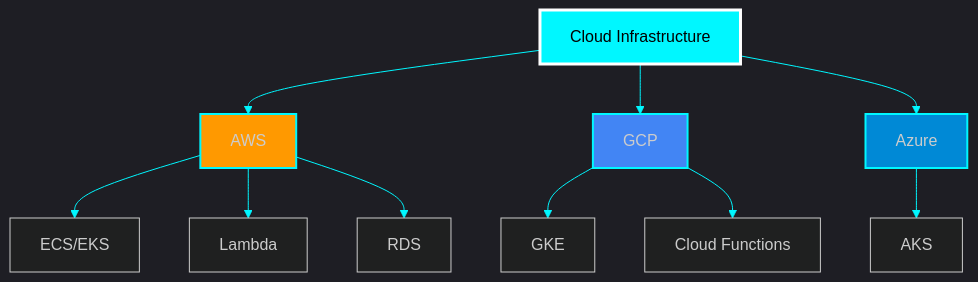
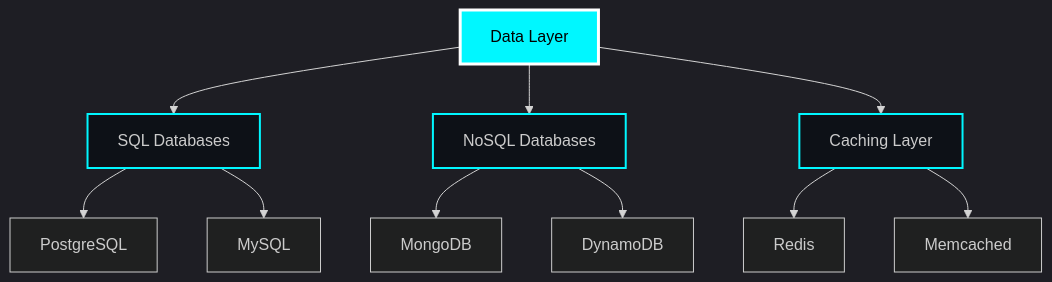
The second of 5 diagrams in README.md (peashdasrudra/peashdasrudra), drawn with Mermaid before and after one commit. The commit also changed other lines of this file, not shown here.

````diff
--- a/README.md
+++ b/README.md
@@ -177,17 +179,17 @@
 ```mermaid
-%%{init: {'theme':'dark', 'themeVariables': { 'primaryColor':'#00F7FF','primaryTextColor':'#fff','primaryBorderColor':'#00F7FF','lineColor':'#00F7FF'}}}%%
+%%{init: {'theme':'dark', 'themeVariables': { 'primaryColor':'#00F7FF','primaryTextColor':'#fff','primaryBorderColor':'#00F7FF'}}}%%
 graph TB
-    A[Cloud Infrastructure] --> B[AWS]
-    A --> C[GCP]
-    A --> D[Azure]
-    B --> E[ECS/EKS]
-    B --> F[Lambda]
-    B --> G[RDS]
-    C --> H[GKE]
-    C --> I[Cloud Functions]
-    D --> J[AKS]
+    A[Data Layer] --> B[SQL Databases]
+    A --> C[NoSQL Databases]
+    A --> D[Caching Layer]
+    B --> E[PostgreSQL]
+    B --> F[MySQL]
+    C --> G[MongoDB]
+    C --> H[DynamoDB]
+    D --> I[Redis]
+    D --> J[Memcached]
     style A fill:#00F7FF,stroke:#fff,stroke-width:3px,color:#000
-    style B fill:#FF9900,stroke:#00F7FF,stroke-width:2px
-    style C fill:#4285F4,stroke:#00F7FF,stroke-width:2px
-    style D fill:#0089D6,stroke:#00F7FF,stroke-width:2px
+    style B fill:#0D1117,stroke:#00F7FF,stroke-width:2px
+    style C fill:#0D1117,stroke:#00F7FF,stroke-width:2px
+    style D fill:#0D1117,stroke:#00F7FF,stroke-width:2px
 ```
````
